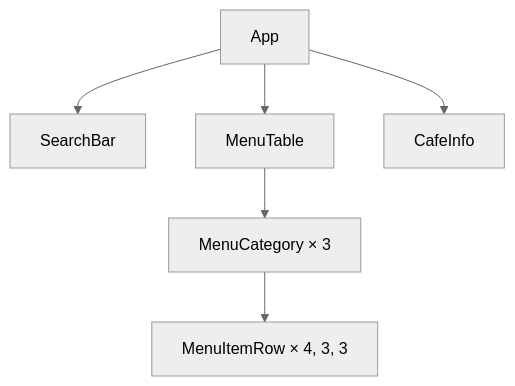
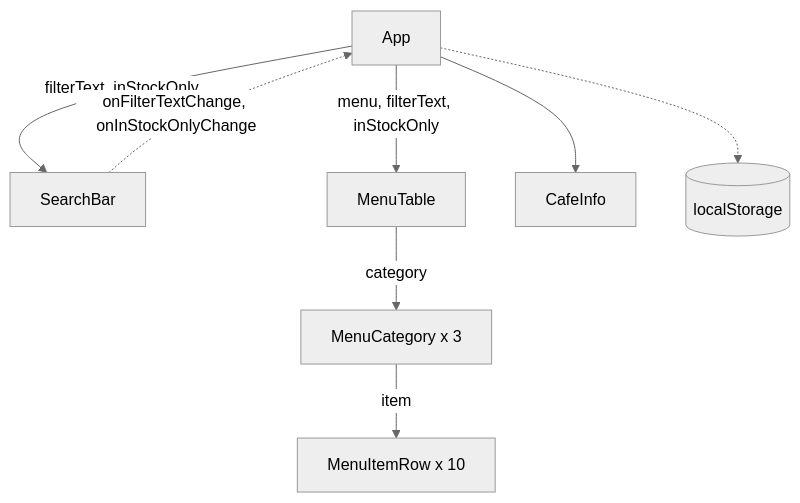
Before and after one commit to daryna698/react: the diagram in lab-4/README.md, drawn with Mermaid (neutral theme).

Commit message:
docs: add the lab 4 data flow

````diff
--- a/lab-4/README.md
+++ b/lab-4/README.md
@@ -31,8 +31,11 @@
 ```mermaid
 flowchart TD
-  App --> SearchBar
-  App --> MenuTable
+  App -->|"filterText, inStockOnly"| SearchBar
+  App -->|"menu, filterText, inStockOnly"| MenuTable
   App --> CafeInfo
-  MenuTable --> MenuCategory["MenuCategory × 3"]
-  MenuCategory --> MenuItemRow["MenuItemRow × 4, 3, 3"]
+  MenuTable -->|"category"| MenuCategory["MenuCategory x 3"]
+  MenuCategory -->|"item"| MenuItemRow["MenuItemRow x 10"]
+
+  SearchBar -.->|"onFilterTextChange, onInStockOnlyChange"| App
+  App -.-> localStorage[("localStorage")]
 ```
````
